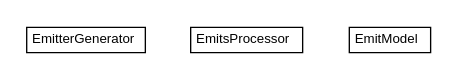
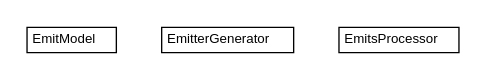
Before and after one commit to trajano/jetng: the diagram in apidocs/net/trajano/jetng/apt/internal/net.trajano.jetng.apt.internal.dot, drawn with Graphviz. The commit also changed 229 other files, not shown here.

```diff
--- a/apidocs/net/trajano/jetng/apt/internal/net.trajano.jetng.apt.internal.dot
+++ b/apidocs/net/trajano/jetng/apt/internal/net.trajano.jetng.apt.internal.dot
@@ -1,30 +1,30 @@
 #!/usr/local/bin/dot
 #
 # Class diagram 
 # Generated by UMLGraph version R5_6-24-gf6e263 (http://www.umlgraph.org/)
 #
 
 digraph G {
-	edge [fontname="arial",fontsize=10,labelfontname="arial",labelfontsize=10];
-	node [fontname="arial",fontsize=10,shape=plaintext];
+	edge [fontname="Helvetica",fontsize=10,labelfontname="Helvetica",labelfontsize=10];
+	node [fontname="Helvetica",fontsize=10,shape=plaintext];
 	nodesep=0.25;
 	ranksep=0.5;
+	// net.trajano.jetng.apt.internal.EmitModel
+	c92 [label=<<table title="net.trajano.jetng.apt.internal.EmitModel" border="0" cellborder="1" cellspacing="0" cellpadding="2" port="p" href="./EmitModel.html">
+		<tr><td><table border="0" cellspacing="0" cellpadding="1">
+<tr><td align="center" balign="center"> EmitModel </td></tr>
+		</table></td></tr>
+		</table>>, URL="./EmitModel.html", fontname="Helvetica", fontcolor="black", fontsize=10.0];
 	// net.trajano.jetng.apt.internal.EmitterGenerator
-	c92 [label=<<table title="net.trajano.jetng.apt.internal.EmitterGenerator" border="0" cellborder="1" cellspacing="0" cellpadding="2" port="p" href="./EmitterGenerator.html">
+	c93 [label=<<table title="net.trajano.jetng.apt.internal.EmitterGenerator" border="0" cellborder="1" cellspacing="0" cellpadding="2" port="p" href="./EmitterGenerator.html">
 		<tr><td><table border="0" cellspacing="0" cellpadding="1">
 <tr><td align="center" balign="center"> EmitterGenerator </td></tr>
 		</table></td></tr>
-		</table>>, URL="./EmitterGenerator.html", fontname="arial", fontcolor="black", fontsize=10.0];
+		</table>>, URL="./EmitterGenerator.html", fontname="Helvetica", fontcolor="black", fontsize=10.0];
 	// net.trajano.jetng.apt.internal.EmitsProcessor
-	c93 [label=<<table title="net.trajano.jetng.apt.internal.EmitsProcessor" border="0" cellborder="1" cellspacing="0" cellpadding="2" port="p" href="./EmitsProcessor.html">
+	c94 [label=<<table title="net.trajano.jetng.apt.internal.EmitsProcessor" border="0" cellborder="1" cellspacing="0" cellpadding="2" port="p" href="./EmitsProcessor.html">
 		<tr><td><table border="0" cellspacing="0" cellpadding="1">
 <tr><td align="center" balign="center"> EmitsProcessor </td></tr>
 		</table></td></tr>
-		</table>>, URL="./EmitsProcessor.html", fontname="arial", fontcolor="black", fontsize=10.0];
-	// net.trajano.jetng.apt.internal.EmitModel
-	c94 [label=<<table title="net.trajano.jetng.apt.internal.EmitModel" border="0" cellborder="1" cellspacing="0" cellpadding="2" port="p" href="./EmitModel.html">
-		<tr><td><table border="0" cellspacing="0" cellpadding="1">
-<tr><td align="center" balign="center"> EmitModel </td></tr>
-		</table></td></tr>
-		</table>>, URL="./EmitModel.html", fontname="arial", fontcolor="black", fontsize=10.0];
+		</table>>, URL="./EmitsProcessor.html", fontname="Helvetica", fontcolor="black", fontsize=10.0];
 }
```
